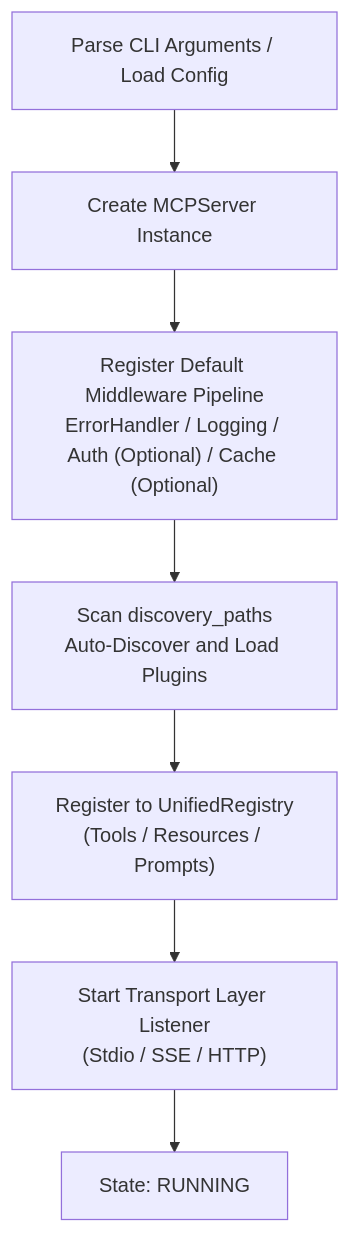
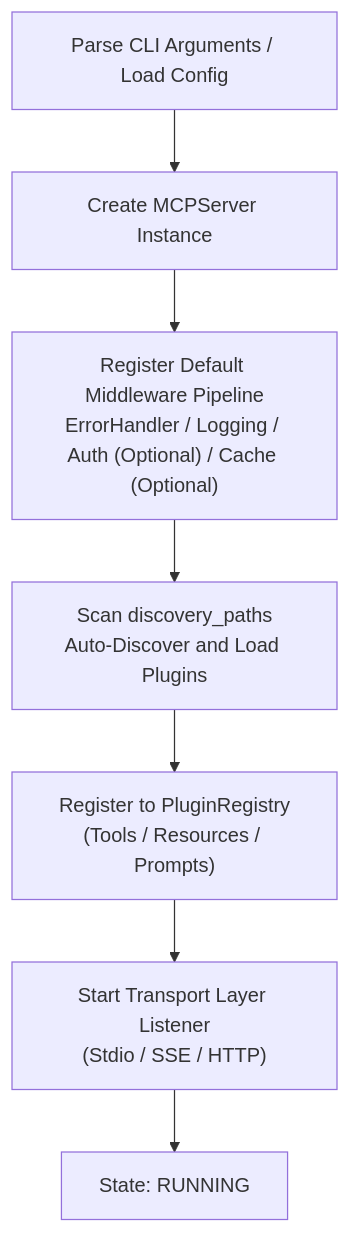
One commit to chain-engine/x-QiuChi changed the second of 4 diagrams in README.en.md. Above: the diagram before and after it, drawn with Mermaid. The commit also changed other lines of this file and 23 other files, not shown here.

````diff
--- a/README.en.md
+++ b/README.en.md
@@ -402,9 +399,9 @@
 ```mermaid
 flowchart TD
     S1["Parse CLI Arguments / Load Config"] --> S2["Create MCPServer Instance"]
     S2 --> S3["Register Default Middleware Pipeline<br/>ErrorHandler / Logging / Auth (Optional) / Cache (Optional)"]
     S3 --> S4["Scan discovery_paths<br/>Auto-Discover and Load Plugins"]
-    S4 --> S5["Register to UnifiedRegistry<br/>(Tools / Resources / Prompts)"]
+    S4 --> S5["Register to PluginRegistry<br/>(Tools / Resources / Prompts)"]
     S5 --> S6["Start Transport Layer Listener<br/>(Stdio / SSE / HTTP)"]
     S6 --> S7["State: RUNNING"]
 ```
````
